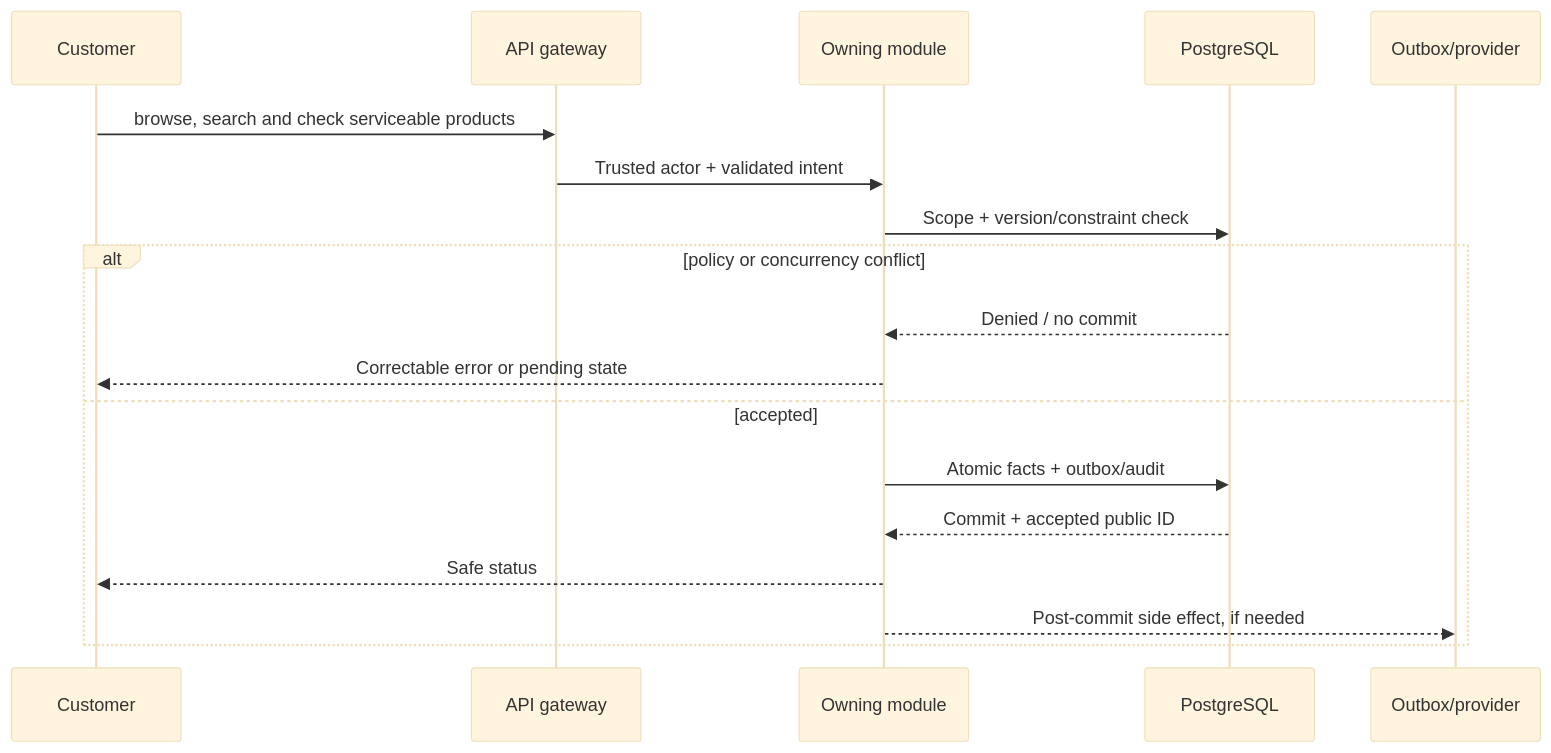
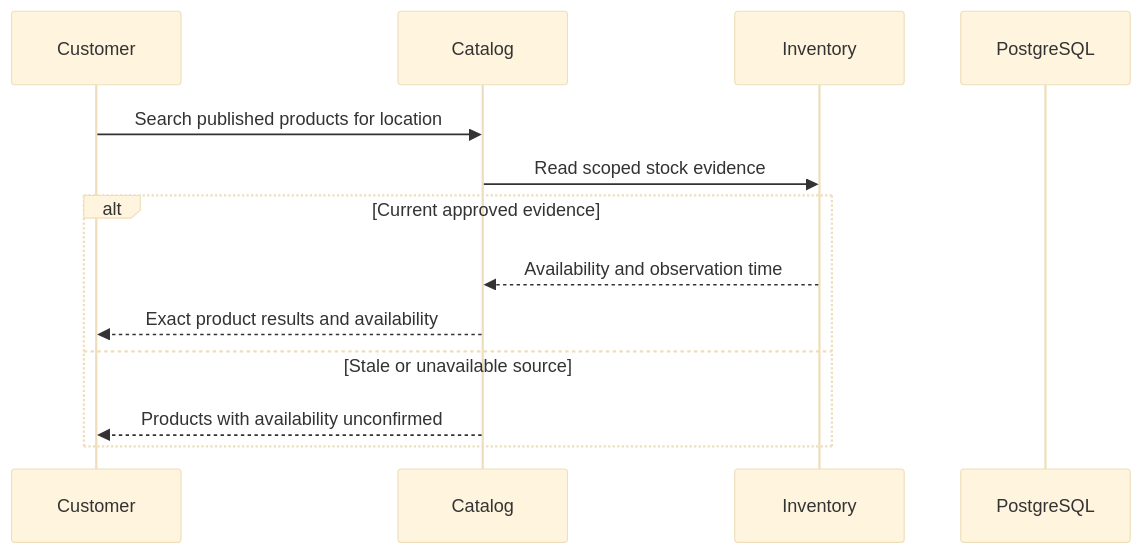
One commit to shiladityamajumder/pharmville-docs changed the diagram in 06-Workflows/WF-002-Search-and-Availability.md. Above: the diagram before and after it, drawn with Mermaid (base theme). The commit also changed other lines of this file and 158 other files, not shown here.

Commit message:
docs: add business guides, fix Mermaid diagrams, improve traceability and automate validation

````diff
--- a/06-Workflows/WF-002-Search-and-Availability.md
+++ b/06-Workflows/WF-002-Search-and-Availability.md
@@ -31,20 +26,15 @@
 ```mermaid
 sequenceDiagram
-  participant A as Customer
-  participant API as API gateway
-  participant O as Owning module
-  participant PG as PostgreSQL
-  participant P as Outbox/provider
-  A->>API: browse, search and check serviceable products
-  API->>O: Trusted actor + validated intent
-  O->>PG: Scope + version/constraint check
-  alt policy or concurrency conflict
-    PG-->>O: Denied / no commit
-    O-->>A: Correctable error or pending state
-  else accepted
-    O->>PG: Atomic facts + outbox/audit
-    PG-->>O: Commit + accepted public ID
-    O-->>A: Safe status
-    O-->>P: Post-commit side effect, if needed
+  participant C as Customer
+  participant O as Catalog
+  participant S as Inventory
+  participant D as PostgreSQL
+  C->>O: Search published products for location
+  O->>S: Read scoped stock evidence
+  alt Current approved evidence
+    S-->>O: Availability and observation time
+    O-->>C: Exact product results and availability
+  else Stale or unavailable source
+    O-->>C: Products with availability unconfirmed
   end
 ```
````
